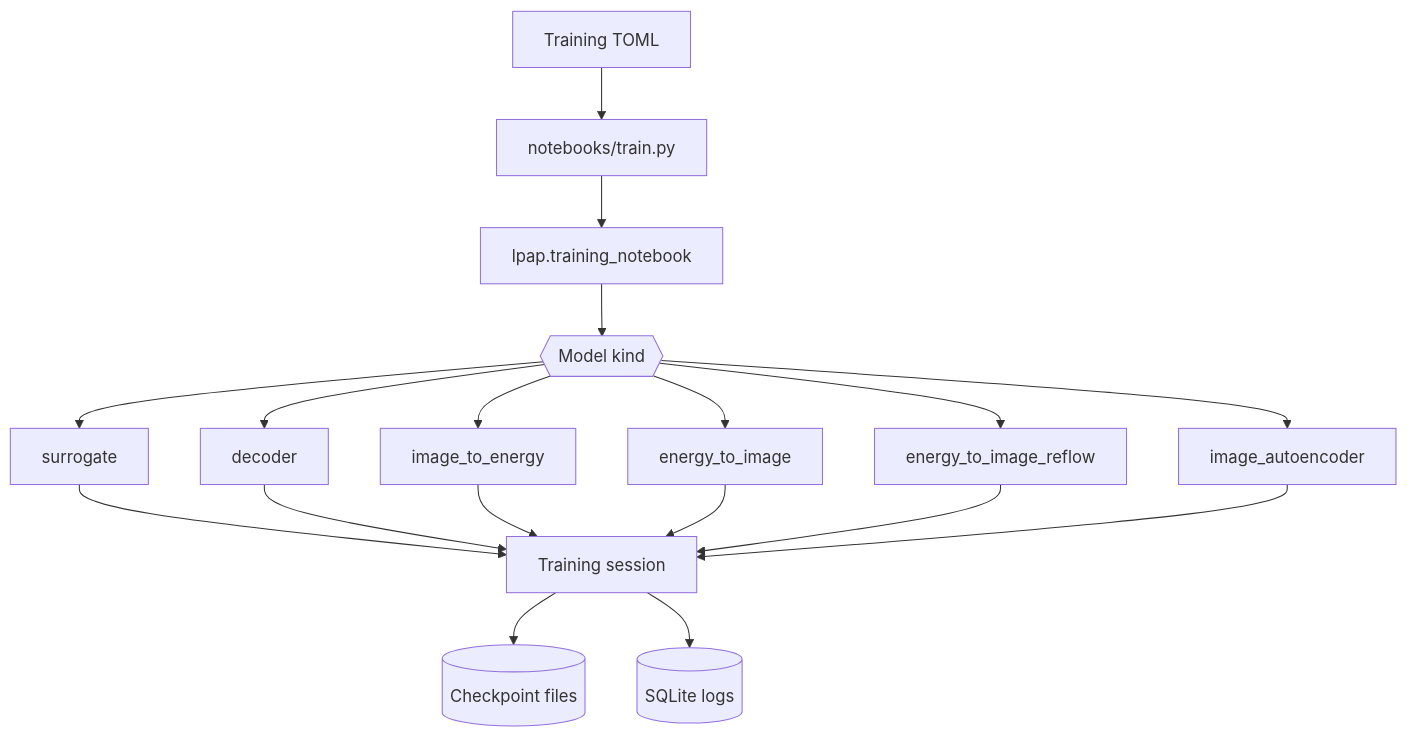
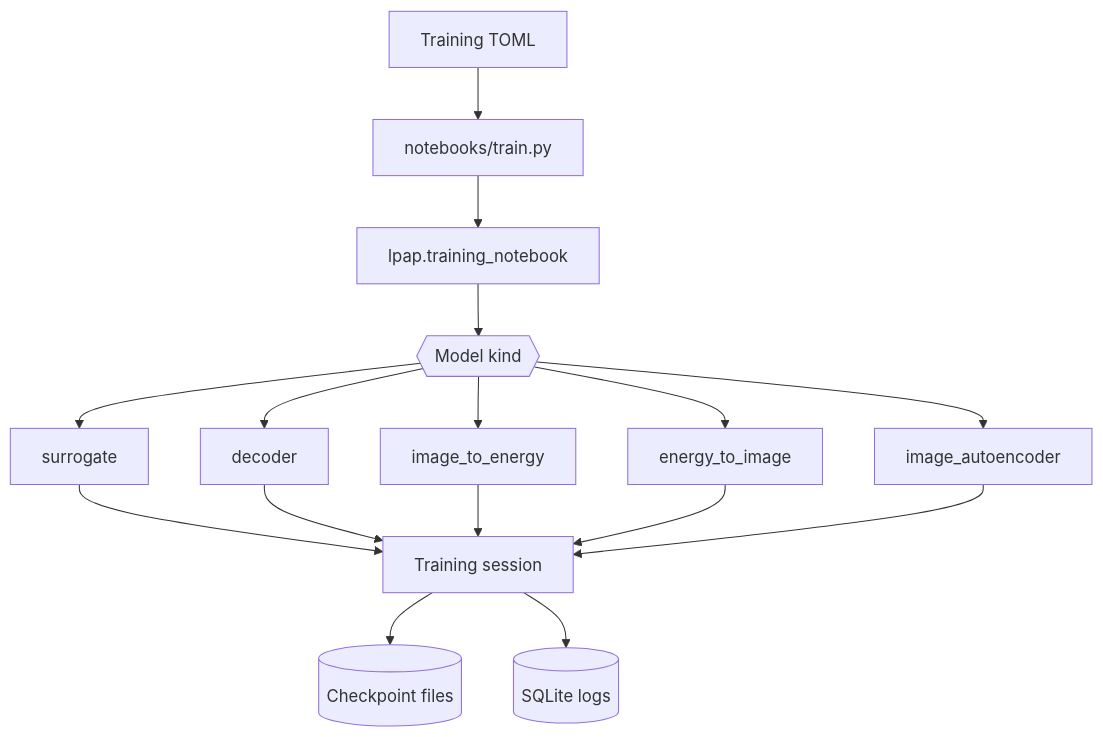
The first of 5 diagrams in doc/training-stack.md (matovitch/lpap), drawn with Mermaid before and after one commit. The commit also changed other lines of this file and 28 other files, not shown here.

First line of the commit message:
Drop unused energy-to-image reflow and tidy energy-bank priors.

````diff
--- a/doc/training-stack.md
+++ b/doc/training-stack.md
@@ -16,15 +15,14 @@
 ```mermaid
 flowchart TD
     config[Training TOML] --> train_notebook[notebooks/train.py]
     train_notebook --> dispatch[lpap.training_notebook]
     dispatch --> kinds{{Model kind}}
     kinds --> surrogate[surrogate]
     kinds --> decoder[decoder]
     kinds --> image_to_energy[image_to_energy]
     kinds --> energy_to_image[energy_to_image]
-    kinds --> energy_to_image_reflow[energy_to_image_reflow]
     kinds --> image_autoencoder[image_autoencoder]
-    surrogate & decoder & image_to_energy & energy_to_image & energy_to_image_reflow & image_autoencoder --> session[Training session]
+    surrogate & decoder & image_to_energy & energy_to_image & image_autoencoder --> session[Training session]
     session --> checkpoint[(Checkpoint files)]
     session --> sqlite[(SQLite logs)]
 ```
````
